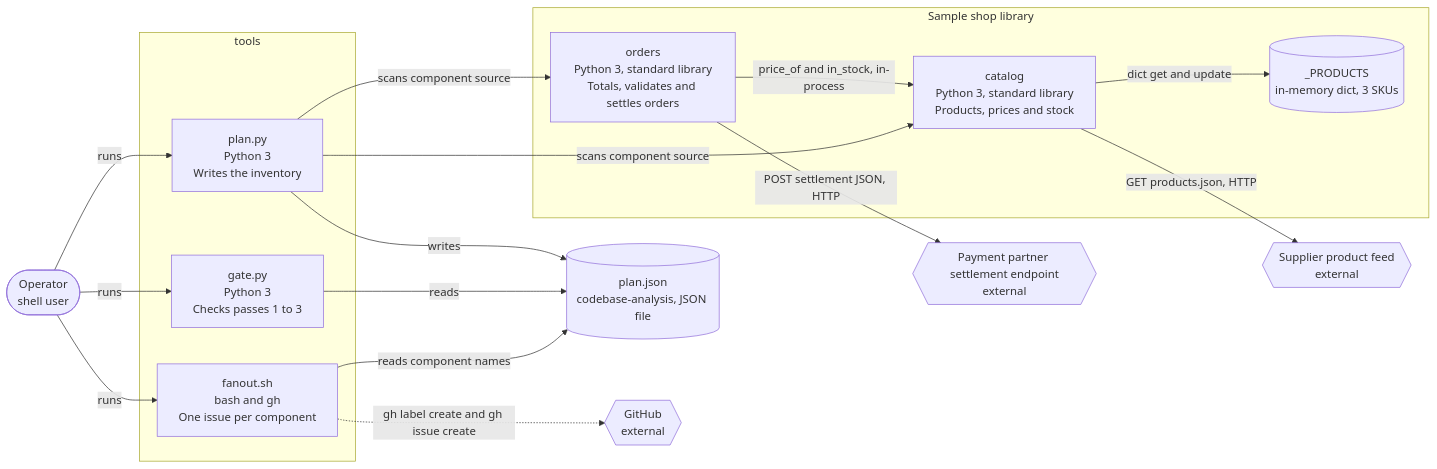
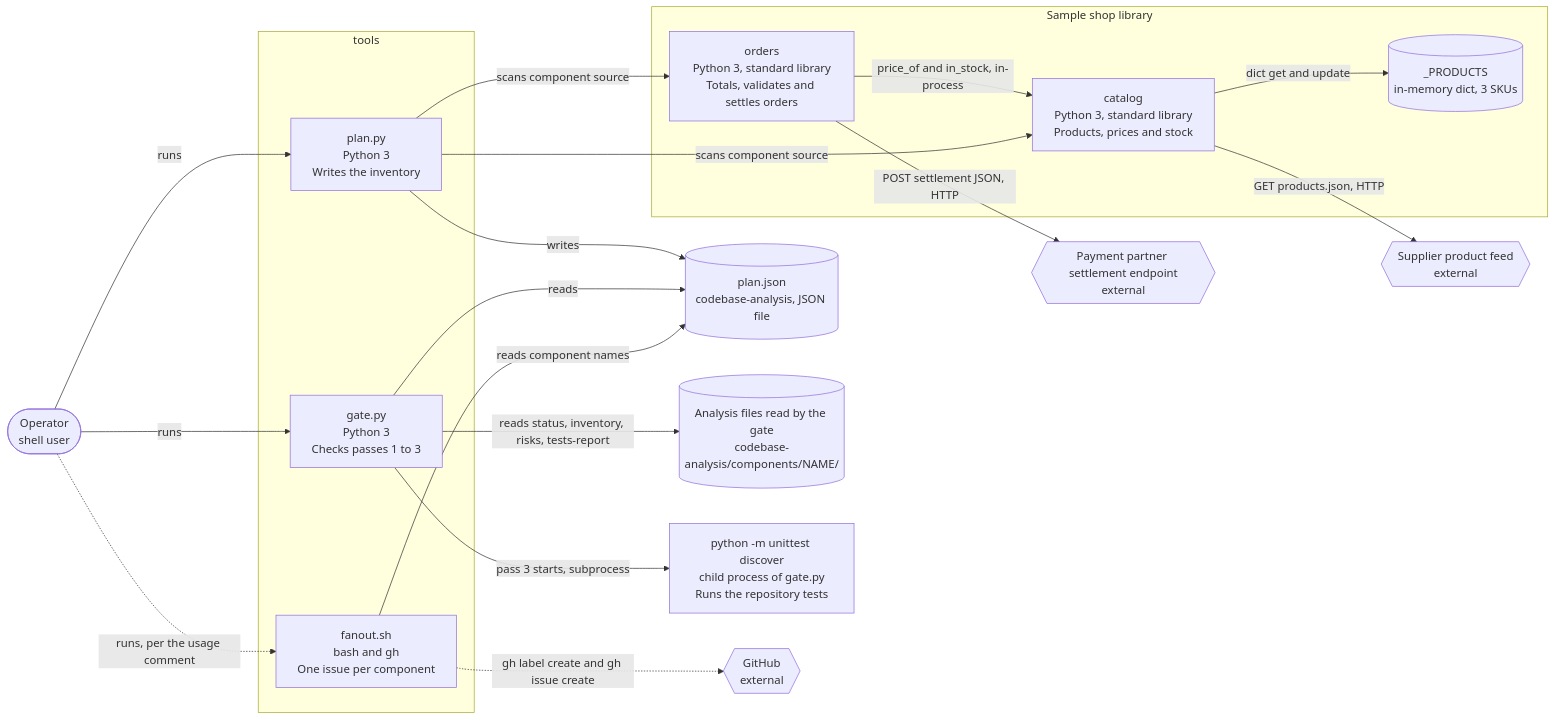
Before and after one commit to vishalc412/copilot-fanout-lab: the first of 2 diagrams in bible/hld/02-architecture.md, drawn with Mermaid. The commit also changed other lines of this file and 30 other files, not shown here.

````diff
--- a/bible/hld/02-architecture.md
+++ b/bible/hld/02-architecture.md
@@ -9,31 +9,35 @@
 ```mermaid
 flowchart LR
   operator(["Operator<br/>shell user"])
   subgraph shopsys["Sample shop library"]
     orders["orders<br/>Python 3, standard library<br/>Totals, validates and settles orders"]
     catalog["catalog<br/>Python 3, standard library<br/>Products, prices and stock"]
     products[("_PRODUCTS<br/>in-memory dict, 3 SKUs")]
   end
   subgraph toolsys["tools"]
     plan["plan.py<br/>Python 3<br/>Writes the inventory"]
     gate["gate.py<br/>Python 3<br/>Checks passes 1 to 3"]
     fanout["fanout.sh<br/>bash and gh<br/>One issue per component"]
   end
   planjson[("plan.json<br/>codebase-analysis, JSON file")]
+  afiles[("Analysis files read by the gate<br/>codebase-analysis/components/NAME/")]
+  unit["python -m unittest discover<br/>child process of gate.py<br/>Runs the repository tests"]
   partner{{"Payment partner settlement endpoint<br/>external"}}
   supplier{{"Supplier product feed<br/>external"}}
   github{{"GitHub<br/>external"}}
   orders -->|"price_of and in_stock, in-process"| catalog
   catalog -->|"dict get and update"| products
   orders -->|"POST settlement JSON, HTTP"| partner
   catalog -->|"GET products.json, HTTP"| supplier
   operator -->|"runs"| plan
   operator -->|"runs"| gate
-  operator -->|"runs"| fanout
+  operator -.->|"runs, per the usage comment"| fanout
   plan -->|"writes"| planjson
   gate -->|"reads"| planjson
+  gate -->|"reads status, inventory, risks, tests-report"| afiles
+  gate -->|"pass 3 starts, subprocess"| unit
   fanout -->|"reads component names"| planjson
   plan -->|"scans component source"| catalog
   plan -->|"scans component source"| orders
   fanout -.->|"gh label create and gh issue create"| github
 ```
````
